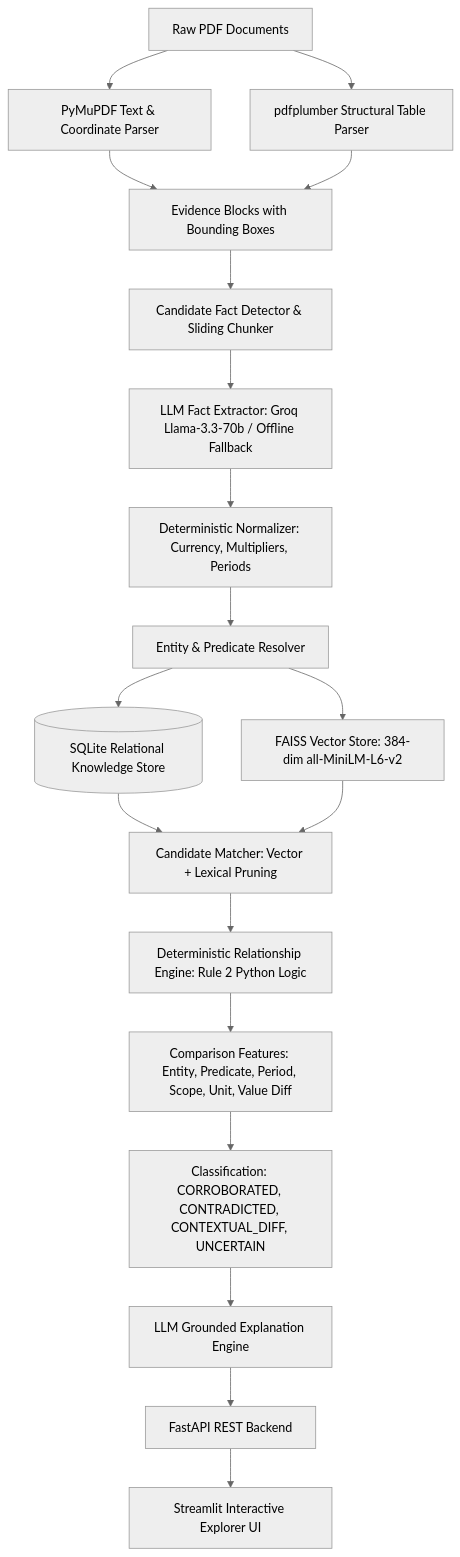
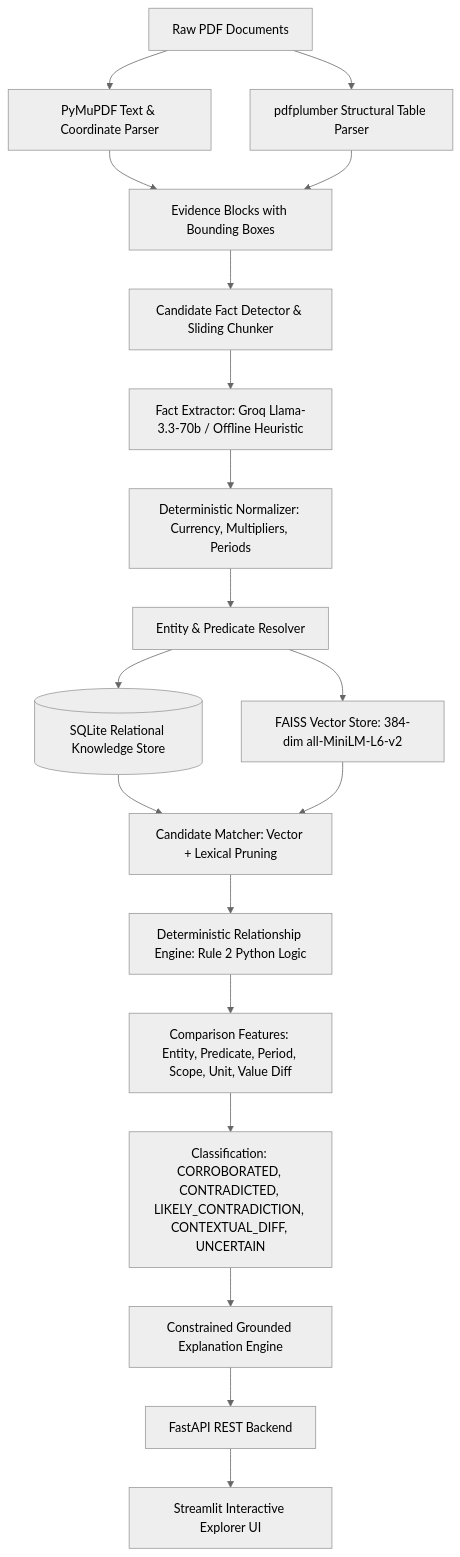
Before and after one commit to chyk2468/Veridex: the diagram in README.md, drawn with Mermaid (neutral theme). The commit also changed other lines of this file and 17 other files, not shown here.

````diff
--- a/README.md
+++ b/README.md
@@ -29,21 +43,21 @@
 ```mermaid
 graph TD
     A[Raw PDF Documents] --> B[PyMuPDF Text & Coordinate Parser]
     A --> C[pdfplumber Structural Table Parser]
     B --> D[Evidence Blocks with Bounding Boxes]
     C --> D
     D --> E[Candidate Fact Detector & Sliding Chunker]
-    E --> F[LLM Fact Extractor: Groq Llama-3.3-70b / Offline Fallback]
+    E --> F[Fact Extractor: Groq Llama-3.3-70b / Offline Heuristic]
     F --> G[Deterministic Normalizer: Currency, Multipliers, Periods]
     G --> H[Entity & Predicate Resolver]
     H --> I[(SQLite Relational Knowledge Store)]
     H --> J[FAISS Vector Store: 384-dim all-MiniLM-L6-v2]
     I --> K[Candidate Matcher: Vector + Lexical Pruning]
     J --> K
     K --> L[Deterministic Relationship Engine: Rule 2 Python Logic]
     L --> M[Comparison Features: Entity, Predicate, Period, Scope, Unit, Value Diff]
-    M --> N[Classification: CORROBORATED, CONTRADICTED, CONTEXTUAL_DIFF, UNCERTAIN]
-    N --> O[LLM Grounded Explanation Engine]
+    M --> N[Classification: CORROBORATED, CONTRADICTED, LIKELY_CONTRADICTION, CONTEXTUAL_DIFF, UNCERTAIN]
+    N --> O[Constrained Grounded Explanation Engine]
     O --> P[FastAPI REST Backend]
     P --> Q[Streamlit Interactive Explorer UI]
 ```
````
